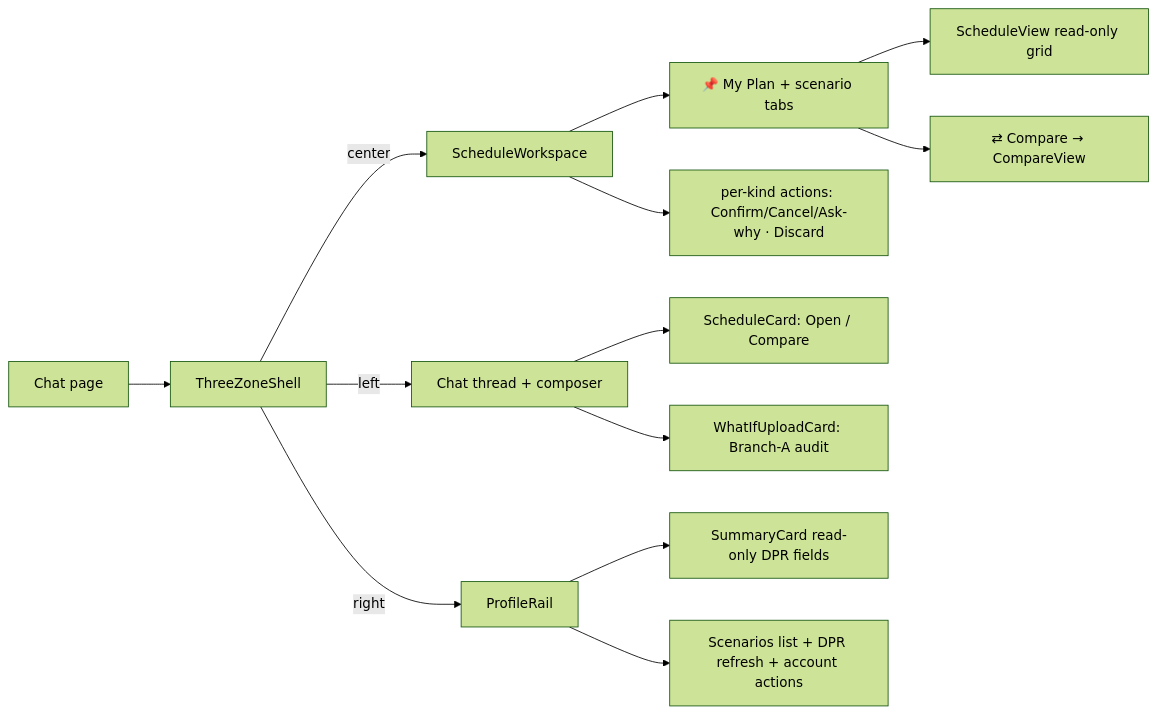
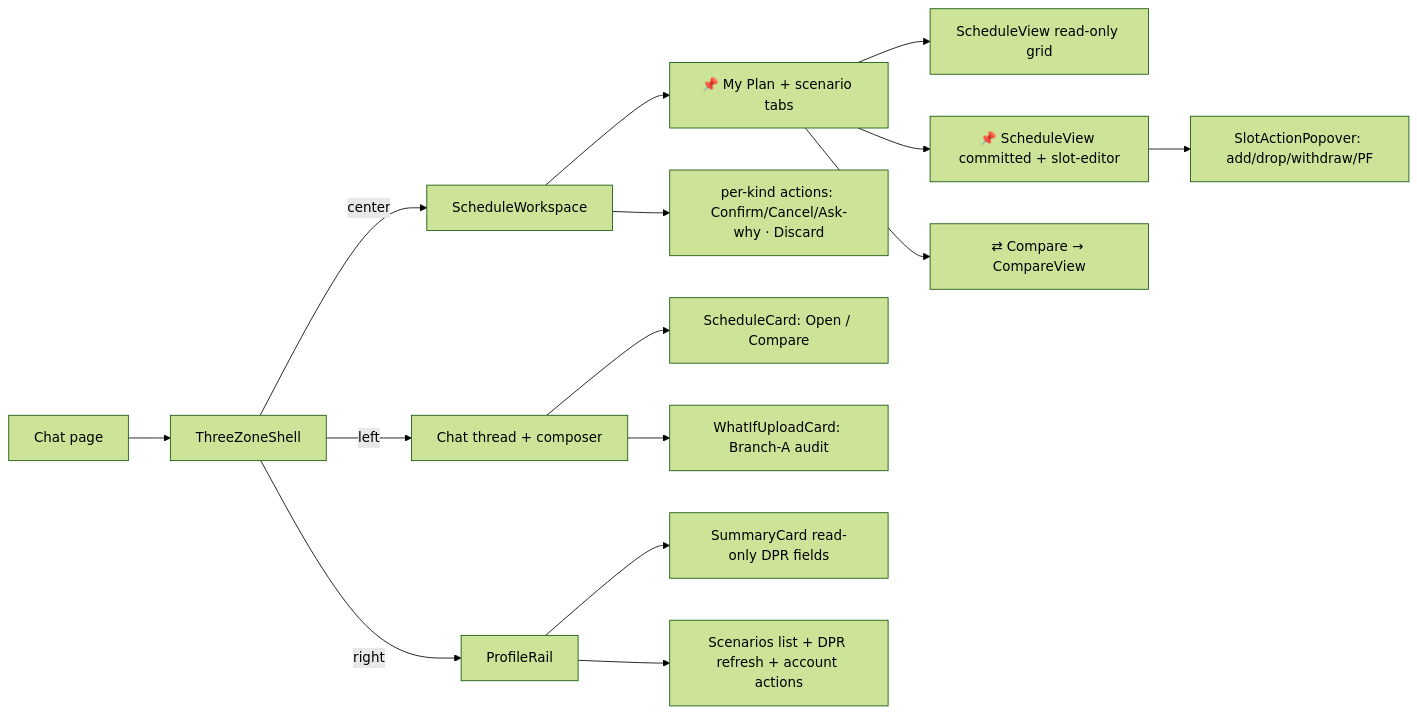
One commit to EdoardoMongardi/NYU_Path changed the first of 2 diagrams in Docs/current-system/web/ui-components.md. Above: the diagram before and after it, drawn with Mermaid (forest theme). The commit also changed other lines of this file and 4 other files, not shown here.

Commit message:
docs: sync current-system + plan-37 completion banner to the shipped slot-editor / P/F-axis / chat-confirm / never-commit-invalid work (philosophy #6)

````diff
--- a/Docs/current-system/web/ui-components.md
+++ b/Docs/current-system/web/ui-components.md
@@ -11,15 +11,17 @@
 ```mermaid
 flowchart LR
     Page[Chat page] --> Shell[ThreeZoneShell]
     Shell -->|left| Chat[Chat thread + composer]
     Shell -->|center| Workspace[ScheduleWorkspace]
     Shell -->|right| Profile[ProfileRail]
     Workspace --> Tabs[📌 My Plan + scenario tabs]
     Tabs --> View[ScheduleView read-only grid]
+    Tabs --> CommittedView[📌 ScheduleView committed + slot-editor]
+    CommittedView --> Popover[SlotActionPopover: add/drop/withdraw/PF]
     Tabs --> Compare[⇄ Compare → CompareView]
     Workspace --> Actions[per-kind actions: Confirm/Cancel/Ask-why · Discard]
     Chat --> Card[ScheduleCard: Open / Compare]
     Chat --> Upload[WhatIfUploadCard: Branch-A audit]
     Profile --> Summary[SummaryCard read-only DPR fields]
     Profile --> ScenList[Scenarios list + DPR refresh + account actions]
 ```
````
